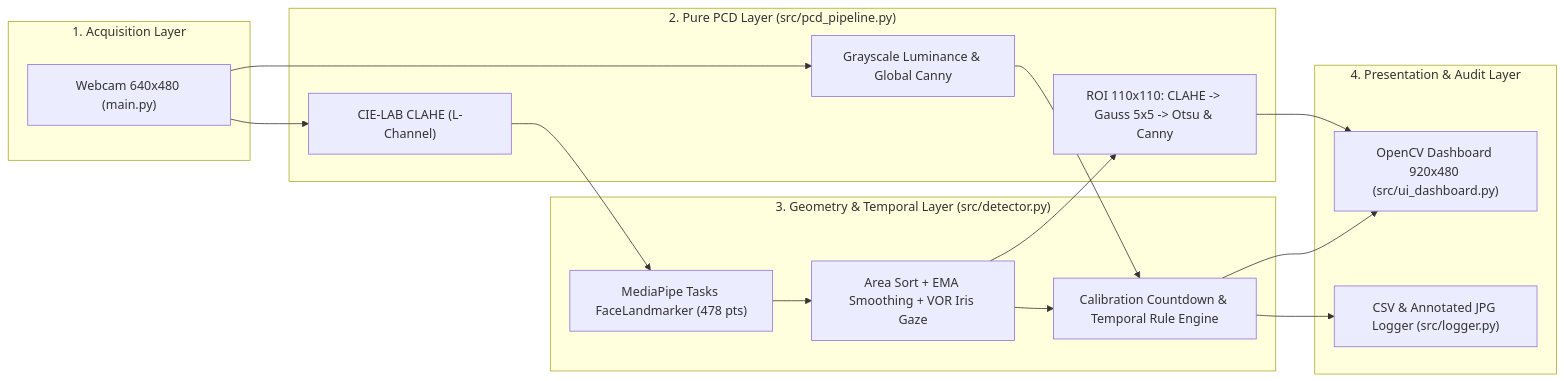
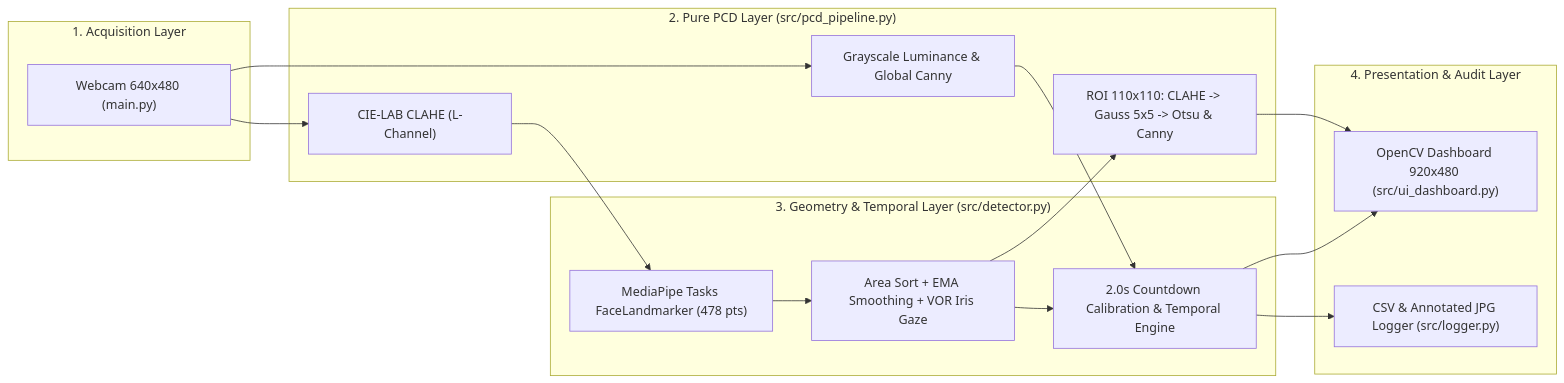
One commit to khadafimuhammadnawwar/sistem-deteksi-kecurangan-ujian-online changed the first of 2 diagrams in ARCHITECTURE.md. Above: the diagram before and after it, drawn with Mermaid. The commit also changed other lines of this file and 4 other files, not shown here.

Commit message:
docs: consolidate AI engineering docs into AGENTS.md and ARCHITECTURE.md (KISS & DRY)

````diff
--- a/ARCHITECTURE.md
+++ b/ARCHITECTURE.md
@@ -7,26 +19,26 @@
 ```mermaid
 flowchart LR
     subgraph IO_IN["1. Acquisition Layer"]
         CAM["Webcam 640x480 (main.py)"]
     end
     subgraph PCD["2. Pure PCD Layer (src/pcd_pipeline.py)"]
         LUM["Grayscale Luminance & Global Canny"]
         LAB["CIE-LAB CLAHE (L-Channel)"]
         ROI["ROI 110x110: CLAHE -> Gauss 5x5 -> Otsu & Canny"]
     end
     subgraph CV["3. Geometry & Temporal Layer (src/detector.py)"]
         MP["MediaPipe Tasks FaceLandmarker (478 pts)"]
         EMA["Area Sort + EMA Smoothing + VOR Iris Gaze"]
-        FSM["Calibration Countdown & Temporal Rule Engine"]
+        FSM["2.0s Countdown Calibration & Temporal Engine"]
     end
     subgraph OUT["4. Presentation & Audit Layer"]
         UI["OpenCV Dashboard 920x480 (src/ui_dashboard.py)"]
         LOG["CSV & Annotated JPG Logger (src/logger.py)"]
     end
 
     CAM --> LUM & LAB
     LAB --> MP --> EMA --> FSM
     LUM --> FSM
     EMA --> ROI --> UI
     FSM --> UI & LOG
 ```
````
